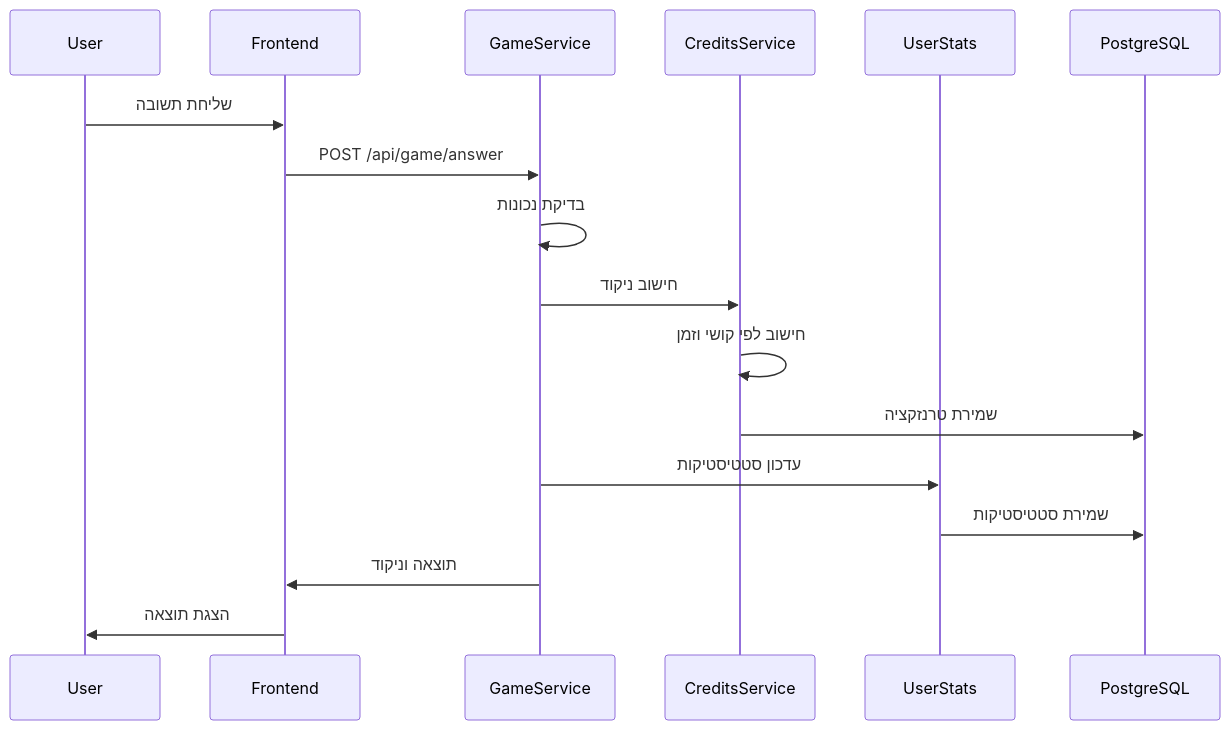
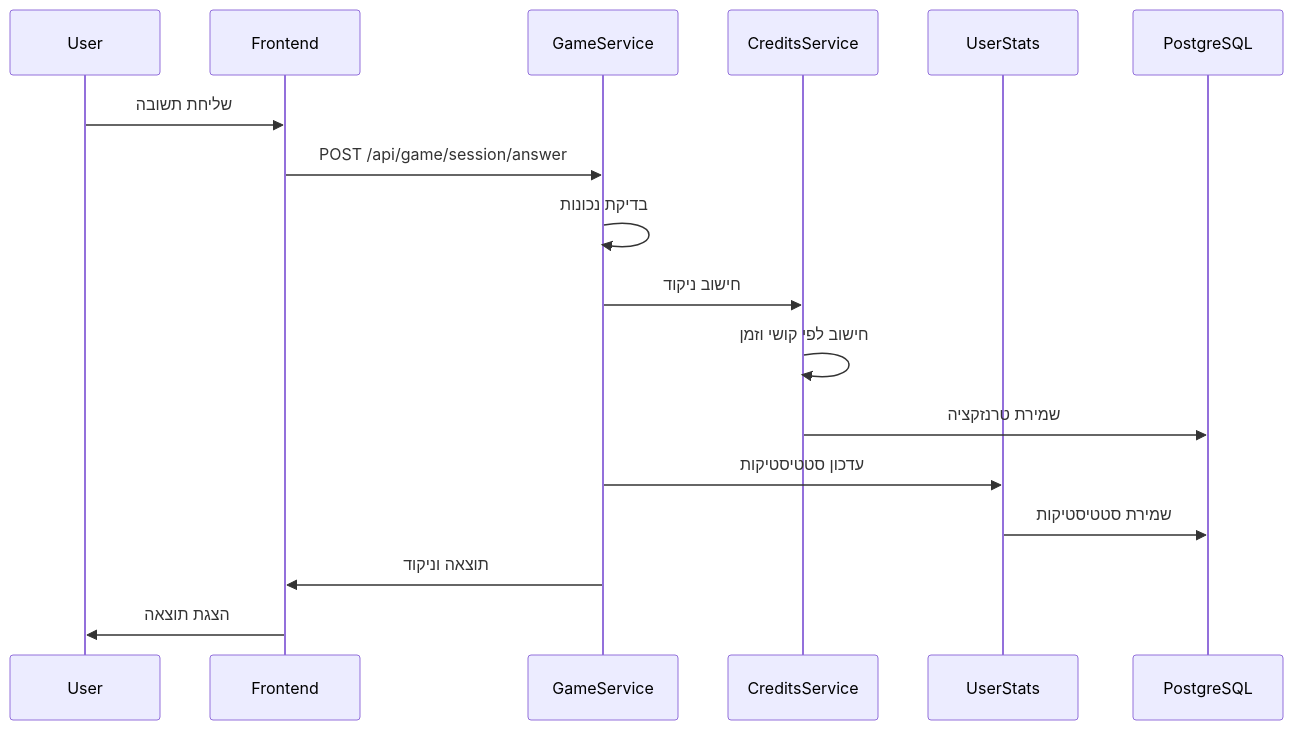
One commit to IsraelRub/EveryTriv changed the third of 28 diagrams in docs/DIAGRAMS.md. Above: the diagram before and after it, drawn with Mermaid. The commit also changed other lines of this file and 789 other files, not shown here.

````diff
--- a/docs/DIAGRAMS.md
+++ b/docs/DIAGRAMS.md
@@ -240,20 +232,20 @@
 ```mermaid
 sequenceDiagram
     participant U as User
     participant F as Frontend
     participant G as GameService
     participant P as CreditsService
     participant S as UserStats
     participant DB as PostgreSQL
 
     U->>F: שליחת תשובה
-    F->>G: POST /api/game/answer
+    F->>G: POST /api/game/session/answer
     G->>G: בדיקת נכונות
     G->>P: חישוב ניקוד
     P->>P: חישוב לפי קושי וזמן
     P->>DB: שמירת טרנזקציה
     G->>S: עדכון סטטיסטיקות
     S->>DB: שמירת סטטיסטיקות
     G->>F: תוצאה וניקוד
     F->>U: הצגת תוצאה
 ```
````
